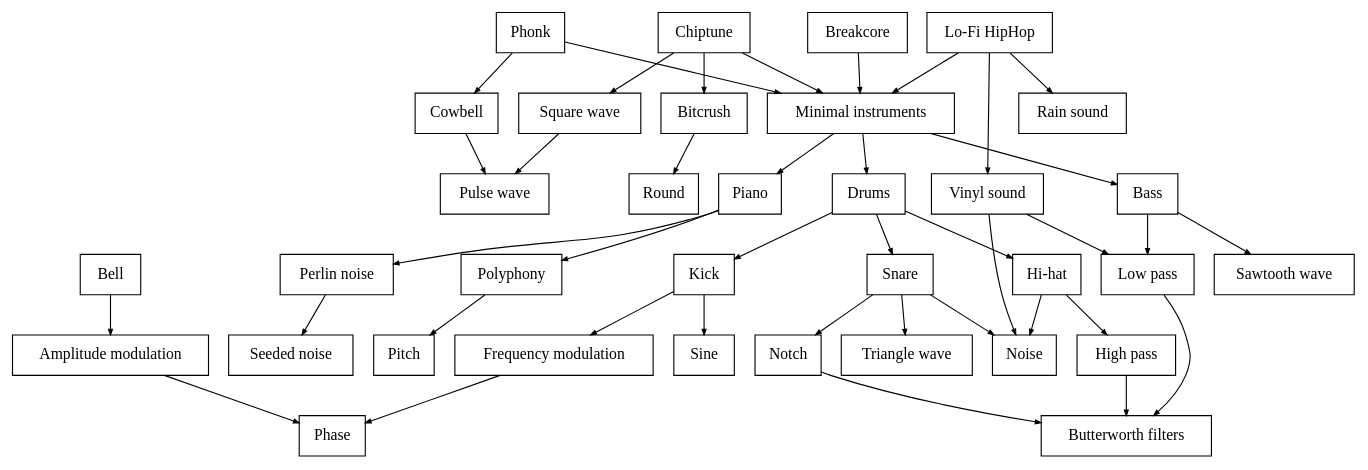
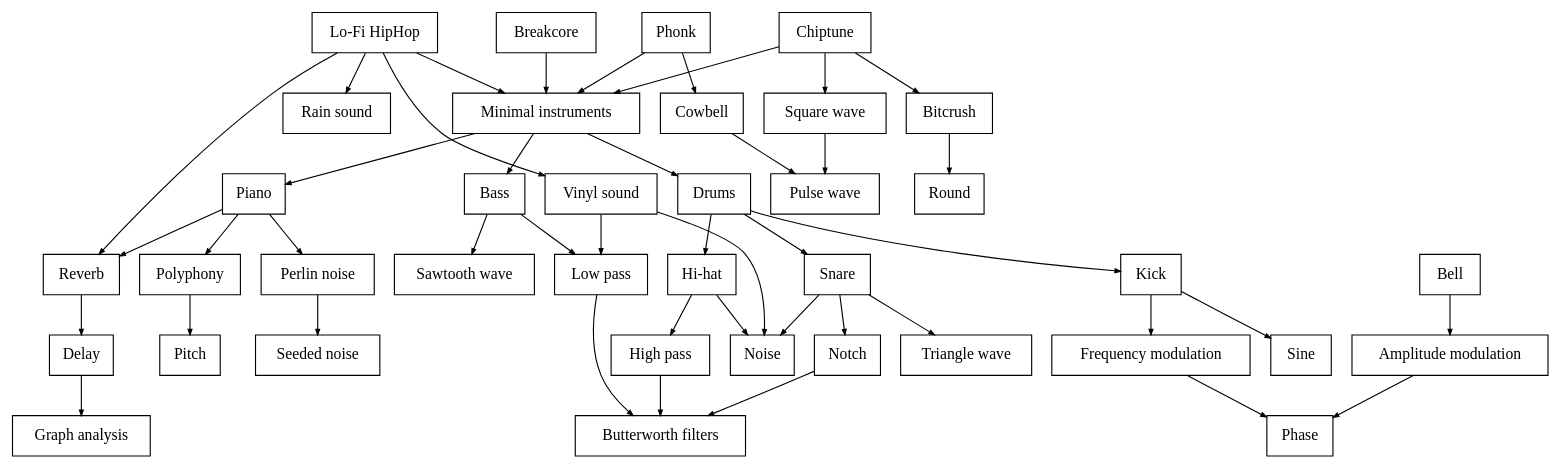
The diagram in docs/Technology tree.gv (yolisses/modulee), drawn with Graphviz before and after one commit. The commit also changed other lines of this file, not shown here.

Commit message:
Lint technology tree file

```diff
--- a/docs/Technology tree.gv
+++ b/docs/Technology tree.gv
@@ -1,79 +1,86 @@
 digraph G {
 node [shape=box]
 edge[arrowsize=0.5]; // Globally
 
+amplitude_modulation [label="Amplitude modulation"]
 bass [label="Bass"]
+bell [label="Bell"]
+bitcrush [label="Bitcrush"]
+breakcore [label="Breakcore"]
+butterworth [label="Butterworth filters"]
+chiptune [label="Chiptune"]
+cowbell [label="Cowbell"]
+delay [label="Delay"]
+drums [label="Drums"]
+frequency_modulation [label="Frequency modulation"]
+graph_analysis [label="Graph analysis"]
+hi_hat [label="Hi-hat"]
+high_pass [label="High pass"]
+kick [label="Kick"]
+lo_fi [label="Lo-Fi HipHop"]
+low_pass [label="Low pass"]
+minimal_instruments [label="Minimal instruments"]
+noise [label="Noise"]
+notch [label="Notch"]
 sine [label="Sine"]
-kick [label="Kick"]
-bell [label="Bell"]
-notch [label="Notch"]
 snare [label="Snare"]
+perlin [label="Perlin noise"]
 phase [label="Phase"]
+phonk [label="Phonk"]
 piano [label="Piano"]
-noise [label="Noise"]
-drums [label="Drums"]
 pitch [label="Pitch"]
+polyphony [label="Polyphony"]
+pulse_wave [label="Pulse wave"]
+rain [label="Rain sound"]
+reverb [label="Reverb"]
 round [label="Round"]
-phonk [label="Phonk"]
-hihat [label="Hi-hat"]
-cowbell [label="Cowbell"]
-rain [label="Rain sound"]
-lowpass [label="Low pass"]
-bitcrush [label="Bitcrush"]
-chiptune [label="Chiptune"]
-lofi [label="Lo-Fi HipHop"]
+sawtooth_wave [label="Sawtooth wave"]
+seeded_noise [label="Seeded noise"]
+square_wave [label="Square wave"]
+triangle_wave [label="Triangle wave"]
 vinyl [label="Vinyl sound"]
-highpass [label="High pass"]
-perlin [label="Perlin noise"]
-polyphony [label="Polyphony"]
-breakcore [label="Breakcore"]
-pulsewave [label="Pulse wave"]
-squarewave [label="Square wave"]
-sawtooth [label="Sawtooth wave"]
-seedednoise [label="Seeded noise"]
-trianglewave [label="Triangle wave"]
-butterworth [label="Butterworth filters"]
-minimalinstruments [label="Minimal instruments"]
-frequencymodulation [label="Frequency modulation"]
-amplitudemodulation [label="Amplitude modulation"]
 
-lofi -> rain
+amplitude_modulation -> phase
+bass -> low_pass
+bass -> sawtooth_wave
+bell -> amplitude_modulation
+bitcrush -> round
+breakcore -> minimal_instruments
+chiptune -> bitcrush
+chiptune -> minimal_instruments
+chiptune -> square_wave
+cowbell -> pulse_wave
+delay -> graph_analysis
+drums -> hi_hat
+drums -> kick
+drums -> snare
+frequency_modulation -> phase
+high_pass -> butterworth
+hi_hat -> high_pass
+hi_hat -> noise
+kick -> frequency_modulation
 kick -> sine
-lofi -> vinyl
-drums -> kick
+lo_fi -> minimal_instruments
+lo_fi -> rain
+lo_fi -> reverb
+lo_fi -> vinyl
+low_pass -> butterworth
+minimal_instruments -> bass
+minimal_instruments -> drums
+minimal_instruments -> piano
+notch -> butterworth
+perlin -> seeded_noise
+phonk -> cowbell
+phonk -> minimal_instruments
+piano -> perlin
+piano -> polyphony
+piano -> reverb
+polyphony -> pitch
+reverb -> delay
+snare -> noise
+snare -> notch
+snare -> triangle_wave
+square_wave -> pulse_wave
+vinyl -> low_pass
 vinyl -> noise
-snare -> notch
-drums -> hihat
-drums -> snare
-snare -> noise
-hihat -> noise
-piano -> perlin
-bass -> lowpass
-bass -> sawtooth
-phonk -> cowbell
-vinyl -> lowpass
-hihat -> highpass
-bitcrush -> round
-piano -> polyphony
-polyphony -> pitch
-cowbell -> pulsewave
-notch -> butterworth
-chiptune -> bitcrush
-snare -> trianglewave
-perlin -> seedednoise
-chiptune -> squarewave
-lowpass -> butterworth
-highpass -> butterworth
-squarewave -> pulsewave
-lofi -> minimalinstruments
-minimalinstruments -> bass
-phonk -> minimalinstruments
-bell -> amplitudemodulation
-minimalinstruments -> piano
-minimalinstruments -> drums
-kick -> frequencymodulation
-amplitudemodulation -> phase
-frequencymodulation -> phase
-chiptune -> minimalinstruments
-breakcore -> minimalinstruments
 }
```
